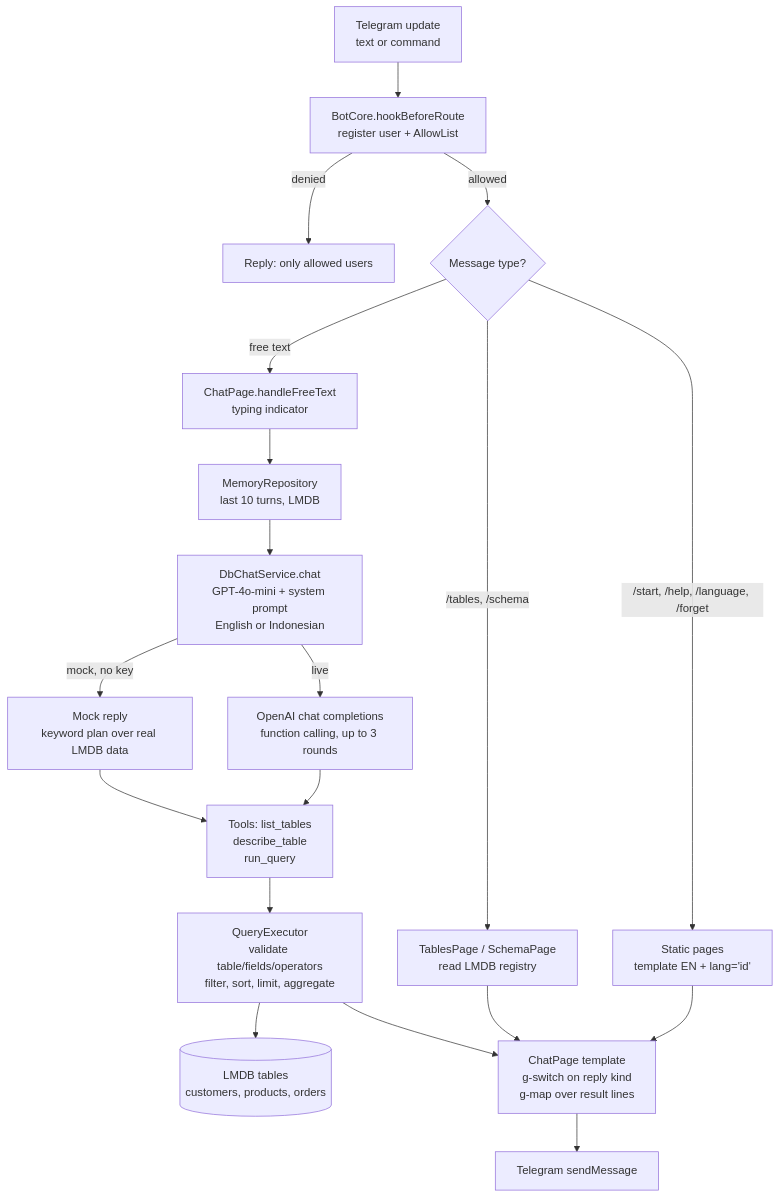
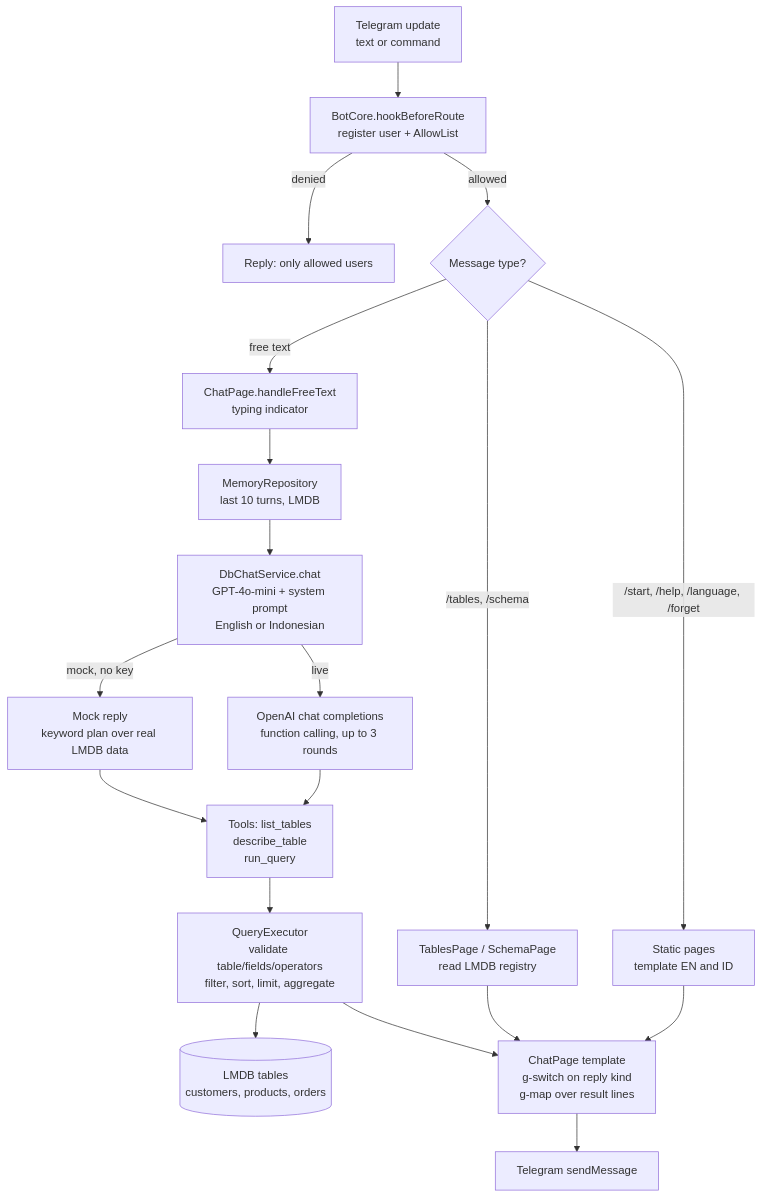
One commit to gramstax/bot-chat-database-lmdb-ai changed the diagram in README.md. Above: the diagram before and after it, drawn with Mermaid. The commit also changed 1 other file, not shown here.

Commit message:
fix(readme): remove equals and nested quotes from Mermaid node label

````diff
--- a/README.md
+++ b/README.md
@@ -29,21 +29,21 @@
 ```mermaid
 flowchart TD
     TG[Telegram update<br/>text or command] --> HOOK[BotCore.hookBeforeRoute<br/>register user + AllowList]
     HOOK -->|denied| DENY[Reply: only allowed users]
     HOOK -->|allowed| ROUTE{Message type?}
     ROUTE -->|/tables, /schema| LIST[TablesPage / SchemaPage<br/>read LMDB registry]
-    ROUTE -->|/start, /help, /language, /forget| PAGES["Static pages<br/>template EN + lang='id'"]
+    ROUTE -->|/start, /help, /language, /forget| PAGES["Static pages<br/>template EN and ID"]
     ROUTE -->|free text| CHAT[ChatPage.handleFreeText<br/>typing indicator]
     CHAT --> MEM[MemoryRepository<br/>last 10 turns, LMDB]
     MEM --> AGENT[DbChatService.chat<br/>GPT-4o-mini + system prompt<br/>English or Indonesian]
     AGENT -->|mock, no key| MOCK[Mock reply<br/>keyword plan over real LMDB data]
     AGENT -->|live| LLM[OpenAI chat completions<br/>function calling, up to 3 rounds]
     MOCK --> TOOLS
     LLM --> TOOLS[Tools: list_tables<br/>describe_table<br/>run_query]
     TOOLS --> EXEC[QueryExecutor<br/>validate table/fields/operators<br/>filter, sort, limit, aggregate]
     EXEC --> LMDB[(LMDB tables<br/>customers, products, orders)]
     EXEC --> REPLY[ChatPage template<br/>g-switch on reply kind<br/>g-map over result lines]
     LIST --> REPLY
     PAGES --> REPLY
     REPLY --> TG2[Telegram sendMessage]
 ```
````
